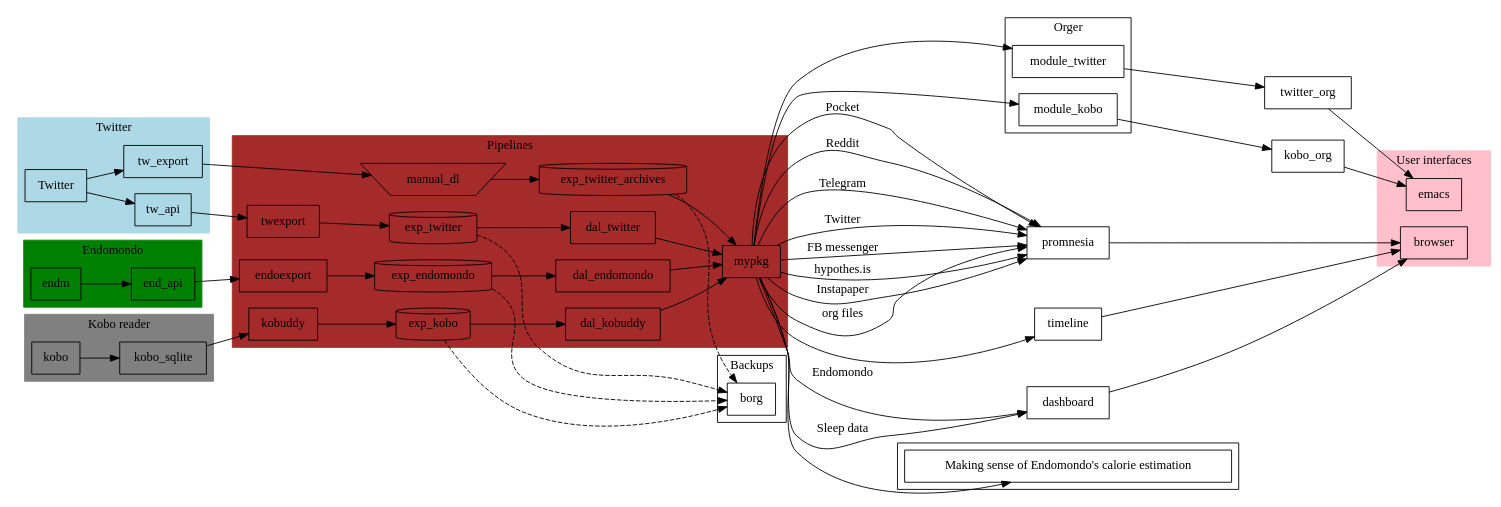
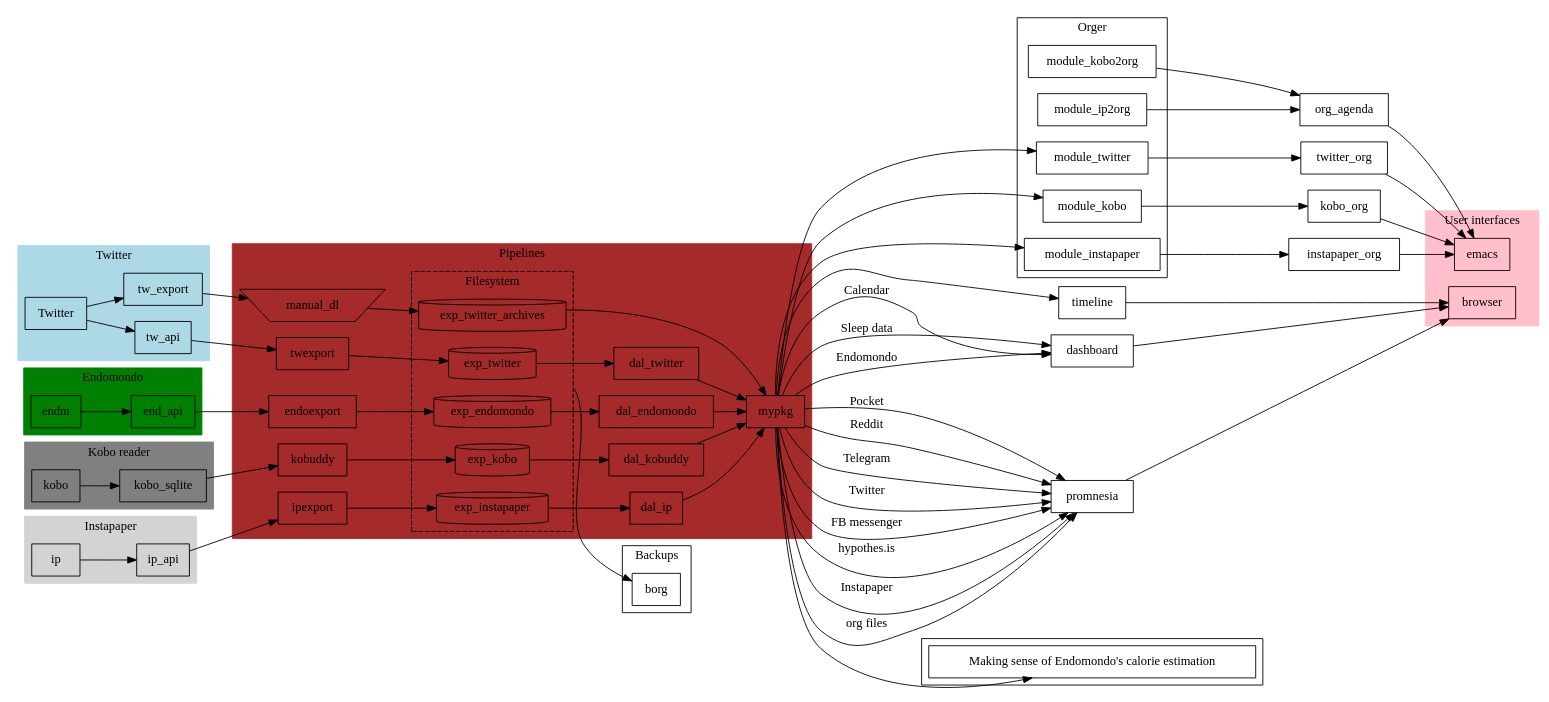
The diagram in infra.dot (karlicoss/myinfra), drawn with Graphviz before and after one commit.

Commit message:
more restructuring; added instapaper

```diff
--- a/infra.dot
+++ b/infra.dot
@@ -1,6 +1,10 @@
 # http://www.graphviz.org/content/cluster
 
 digraph G {
+  # https://stackoverflow.com/a/2012106/706389
+  compound=true;
+
+
   node [shape="box"];
   rankdir="LR";
 
@@ -40,39 +44,65 @@
   kobo -> kobo_sqlite;
 }
 
+# TODO also could show how data gets _into_ the services, i.e. clients?
+subgraph cluster_instapaper {
+  label="Instapaper";
+  style=filled;
+  color=lightgray;
 
-subgraph exports {
-  node [shape=cylinder];
-
-  exp_kobo;
-  exp_twitter_archives;
-  exp_twitter;
-  exp_endomondo;
+  ip;
+  ip_api;
 }
+ip -> ip_api;
 
 
-
+# TODO hmm. how to still draw a frame around it?
 subgraph cluster_pipelines {
   label="Pipelines";
   style=filled;
   color=brown;
 
+  # meh
+  subgraph cluster_exports {
+    node [shape=cylinder];
+    label="Filesystem";
+    rank=same;
+    style=dashed;
+    color=black;
+
+    exp_kobo;
+    exp_twitter_archives;
+    exp_twitter;
+    exp_endomondo;
+    exp_instapaper;
+  }
+
+
   twexport;
   endoexport;
+  ipexport;
 
   manual_dl[shape=invtrapezium];
 
   tw_export   -> manual_dl  -> exp_twitter_archives;
   tw_api      -> twexport   -> exp_twitter;
+
   end_api     -> endoexport -> exp_endomondo;
+  ip_api      -> ipexport   -> exp_instapaper;
+
   kobo_sqlite -> kobuddy    -> exp_kobo;
 
-  exp_twitter_archives           -> mypkg;
-  exp_twitter   -> dal_twitter   -> mypkg;
-  exp_endomondo -> dal_endomondo -> mypkg;
-  exp_kobo      -> dal_kobuddy   -> mypkg;
+
+  exp_twitter_archives            -> mypkg;
+  exp_twitter    -> dal_twitter   -> mypkg;
+  exp_endomondo  -> dal_endomondo -> mypkg;
+  exp_instapaper -> dal_ip        -> mypkg;
+
+  exp_kobo       -> dal_kobuddy   -> mypkg;
 
 }
+# TODO mypkg is somewhat specific to my needs
+# TODO highlight that it's easy to hook to DAL 
 
 # TODO distinguish manual and automatic nodes?
 # TODO instead have twexport on edges? ultimately not that much difference..
@@ -82,13 +112,16 @@
 # TODO svg output with links
 subgraph cluster_backups {
   label="Backups";
+
   borg;
 
-  exp_kobo             -> borg [style=dashed];
-  exp_twitter_archives -> borg [style=dashed];
-  exp_twitter          -> borg [style=dashed];
-  exp_endomondo        -> borg [style=dashed];
+# exp_kobo             -> borg [style=dashed];
+# exp_twitter_archives -> borg [style=dashed];
+# exp_twitter          -> borg [style=dashed];
+# exp_endomondo        -> borg [style=dashed];
 }
+
+exp_twitter -> borg [ltail=cluster_exports];
 
 # TODO mark edges that use cachew?
 
@@ -96,12 +129,24 @@
   label=Orger;
   module_twitter;
   module_kobo;
+  module_instapaper;
+
+  module_kobo2org;
+  module_ip2org;
 }
 mypkg -> module_twitter;
 mypkg -> module_kobo;
+mypkg -> module_instapaper;
 
-module_twitter -> twitter_org;
-module_kobo    -> kobo_org;
+# TODO these are read only; contribute to search
+module_twitter    -> twitter_org;
+module_kobo       -> kobo_org;
+module_instapaper -> instapaper_org;
+
+module_kobo2org   -> org_agenda;
+module_ip2org     -> org_agenda;
+
+org_agenda -> emacs;
 
 # TODO cloudmacs?
 # TODO arctee
@@ -120,6 +165,7 @@
 
 mypkg -> timeline;
 
+mypkg -> dashboard [label="Calendar"];
 mypkg -> dashboard [label="Sleep data"];
 mypkg -> dashboard [label="Endomondo"];
 
@@ -142,7 +188,8 @@
 
 {
   kobo_org,
-  twitter_org
+  twitter_org,
+  instapaper_org
 } -> emacs;
 
 # TODO I guess it's nice to mention where I mention certain bits of infrastructure?
```
